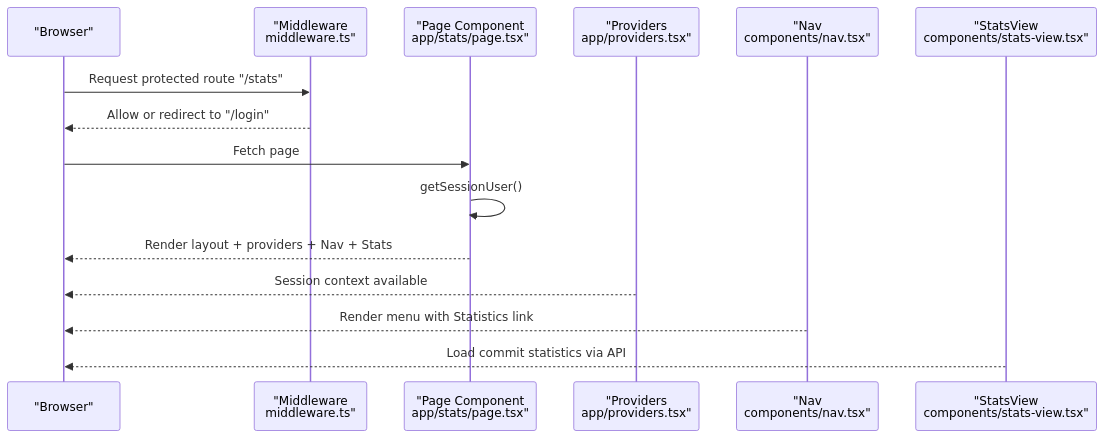
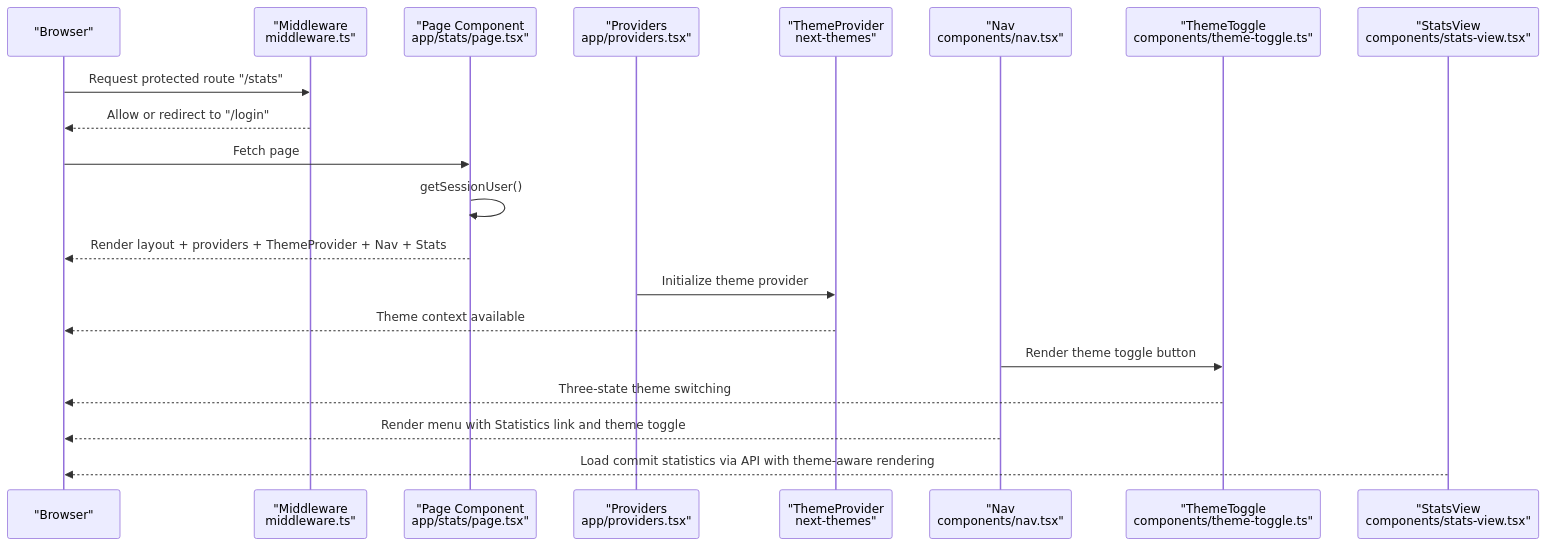
The second of 13 diagrams in .qoder/repowiki/en/content/Frontend Components/Frontend Components.md (jrj444/git-daily), drawn with Mermaid before and after one commit. The commit also changed other lines of this file and 4 other files, not shown here.

````diff
--- a/.qoder/repowiki/en/content/Frontend Components/Frontend Components.md
+++ b/.qoder/repowiki/en/content/Frontend Components/Frontend Components.md
@@ -202,17 +226,22 @@
 ```mermaid
 sequenceDiagram
 participant Browser as "Browser"
 participant Middleware as "Middleware<br/>middleware.ts"
 participant Page as "Page Component<br/>app/stats/page.tsx"
 participant Provider as "Providers<br/>app/providers.tsx"
+participant ThemeProvider as "ThemeProvider<br/>next-themes"
 participant Nav as "Nav<br/>components/nav.tsx"
+participant ThemeToggle as "ThemeToggle<br/>components/theme-toggle.ts"
 participant Stats as "StatsView<br/>components/stats-view.tsx"
 Browser->>Middleware : Request protected route "/stats"
 Middleware-->>Browser : Allow or redirect to "/login"
 Browser->>Page : Fetch page
 Page->>Page : getSessionUser()
-Page-->>Browser : Render layout + providers + Nav + Stats
-Provider-->>Browser : Session context available
-Nav-->>Browser : Render menu with Statistics link
-Stats-->>Browser : Load commit statistics via API
+Page-->>Browser : Render layout + providers + ThemeProvider + Nav + Stats
+Provider->>ThemeProvider : Initialize theme provider
+ThemeProvider-->>Browser : Theme context available
+Nav->>ThemeToggle : Render theme toggle button
+ThemeToggle-->>Browser : Three-state theme switching
+Nav-->>Browser : Render menu with Statistics link and theme toggle
+Stats-->>Browser : Load commit statistics via API with theme-aware rendering
 ```
````
